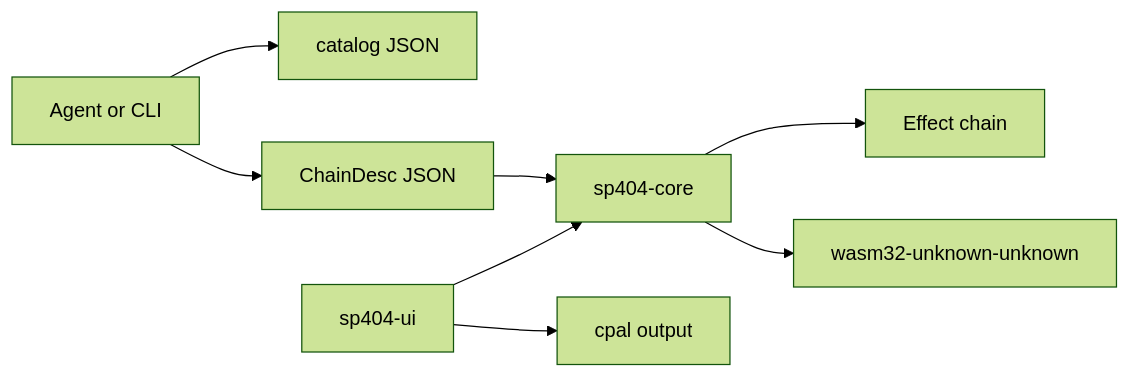
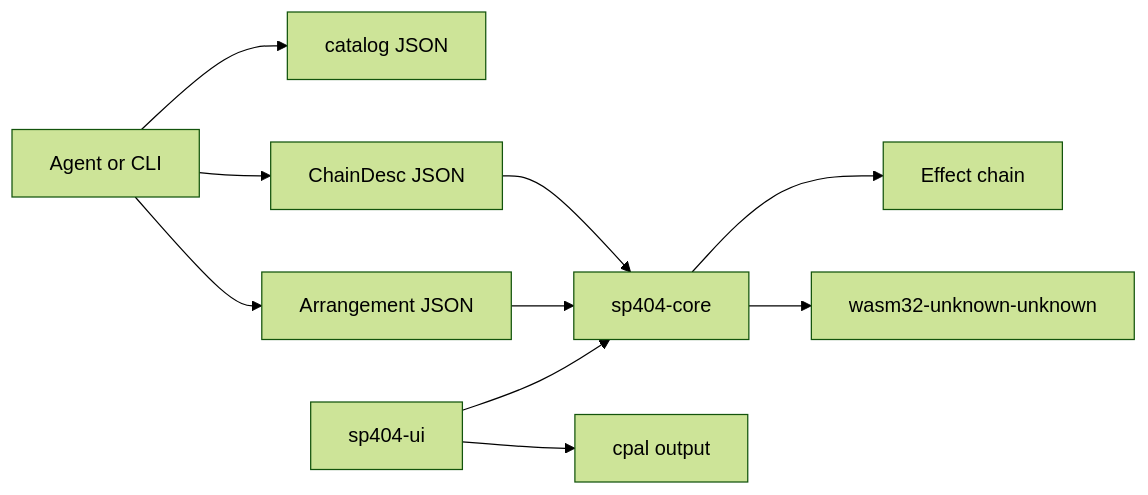
One commit to gundam-wing/sp404 changed the diagram in README.md. Above: the diagram before and after it, drawn with Mermaid (forest theme). The commit also changed other lines of this file and 23 other files, not shown here.

````diff
--- a/README.md
+++ b/README.md
@@ -15,10 +15,12 @@
 ```mermaid
 flowchart LR
   agent["Agent or CLI"] --> catalog["catalog JSON"]
   agent --> chain["ChainDesc JSON"]
+  agent --> plan["Arrangement JSON"]
   chain --> core["sp404-core"]
+  plan --> core
   ui["sp404-ui"] --> core
   core --> effects["Effect chain"]
   ui --> device["cpal output"]
   core --> wasm["wasm32-unknown-unknown"]
 ```
````
